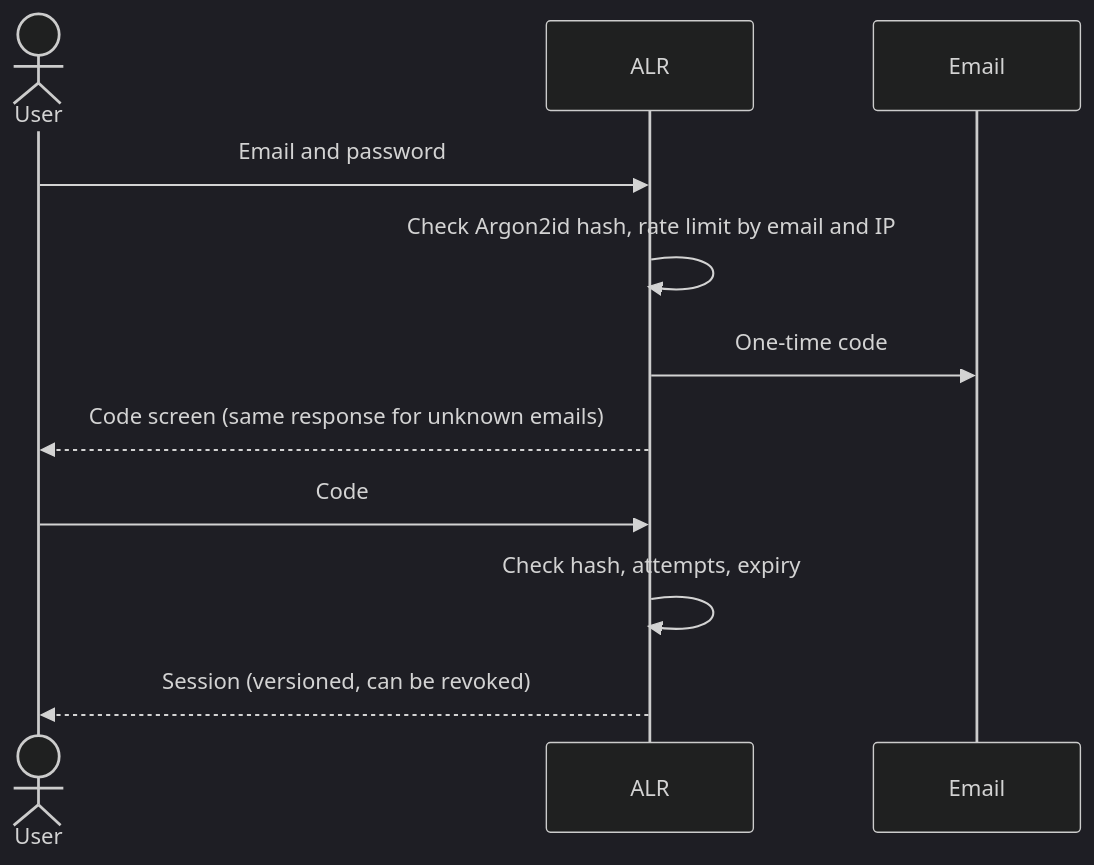
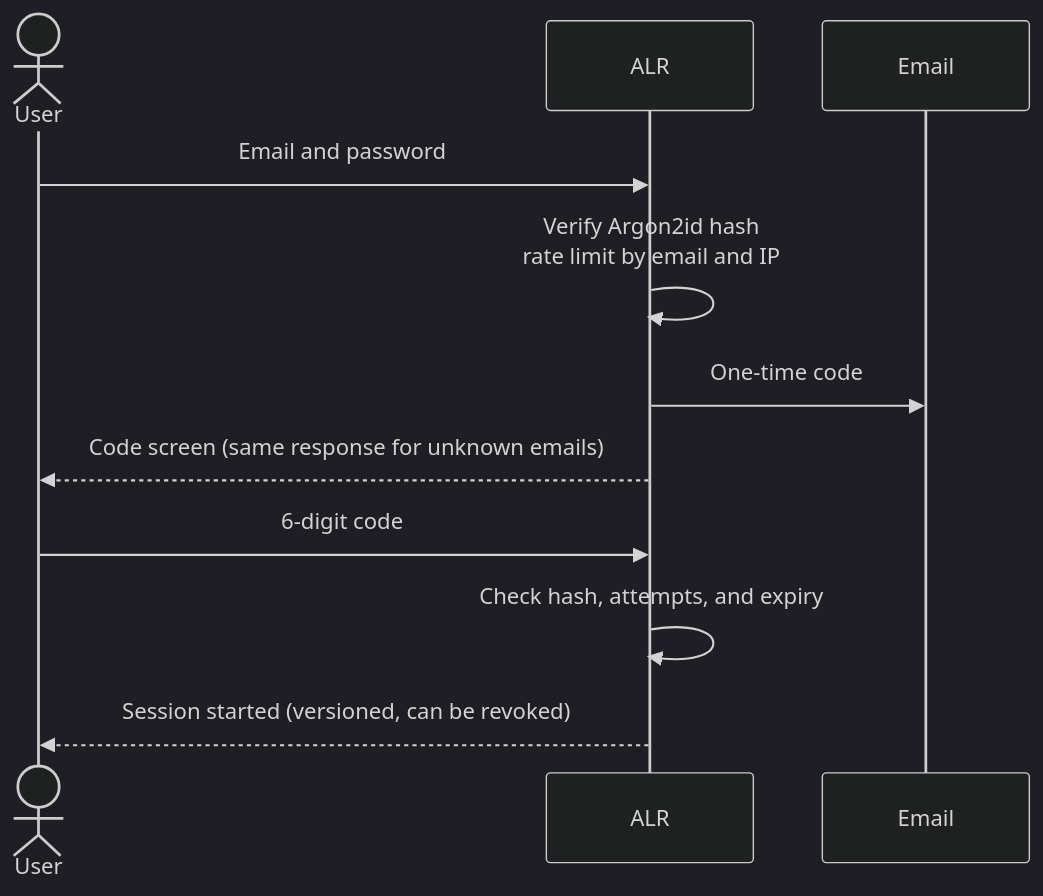
The fifth of 8 diagrams in .github/README.md (Masbismaa/mtoa_alr), drawn with Mermaid (dark theme) before and after one commit. The commit also changed other lines of this file and 36 other files, not shown here.

````diff
--- a/.github/README.md
+++ b/.github/README.md
@@ -152,13 +466,13 @@
 ```mermaid
 sequenceDiagram
     actor U as User
     participant A as ALR
     participant E as Email
     U->>A: Email and password
-    A->>A: Check Argon2id hash, rate limit by email and IP
+    A->>A: Verify Argon2id hash<br/>rate limit by email and IP
     A->>E: One-time code
     A-->>U: Code screen (same response for unknown emails)
-    U->>A: Code
-    A->>A: Check hash, attempts, expiry
-    A-->>U: Session (versioned, can be revoked)
+    U->>A: 6-digit code
+    A->>A: Check hash, attempts, and expiry
+    A-->>U: Session started (versioned, can be revoked)
 ```
````
